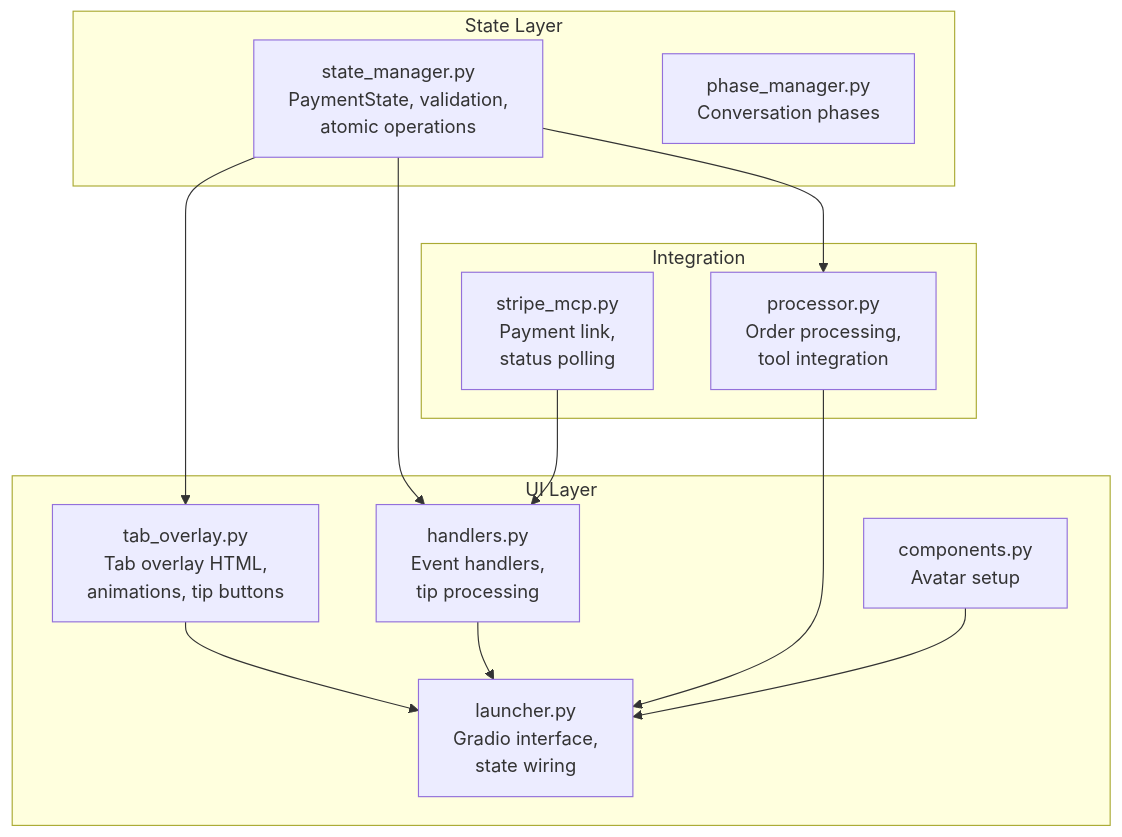
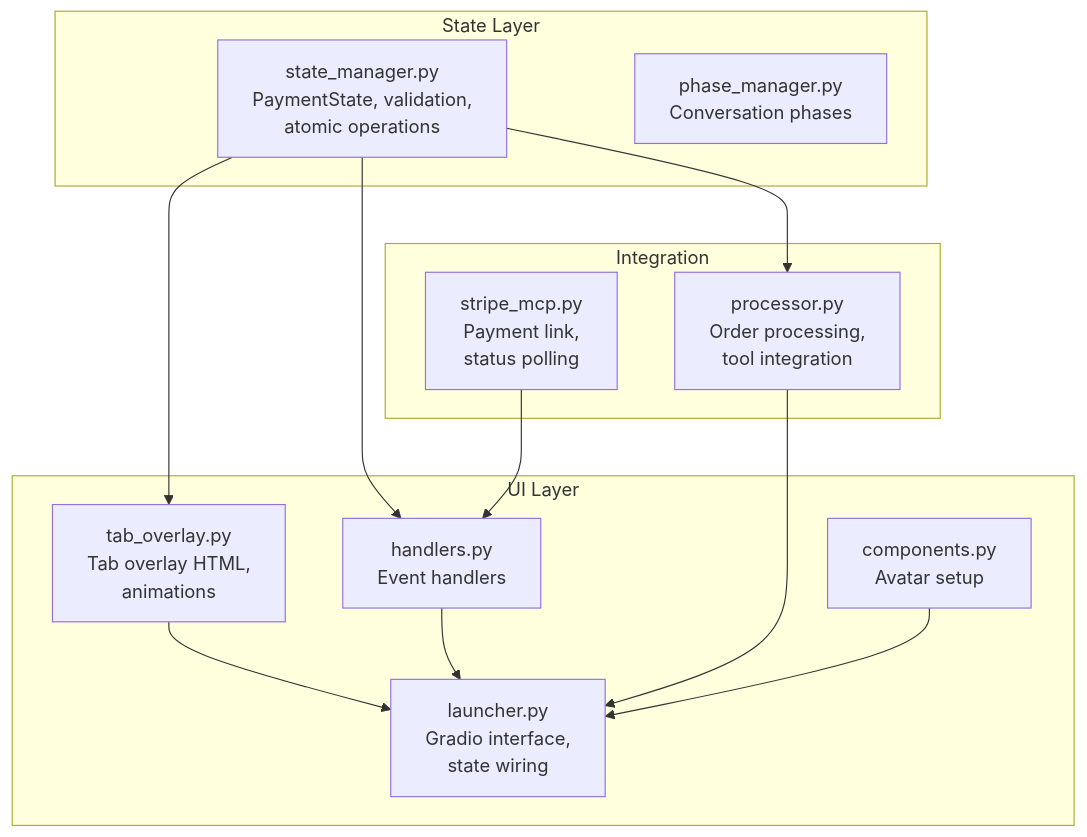
One commit to MOK-5-ha/MayaMCP changed the first of 7 diagrams in .qoder/repowiki/en/content/Payment Processing System/Tab Management System.md. Above: the diagram before and after it, drawn with Mermaid. The commit also changed other lines of this file and 27 other files, not shown here.

````diff
--- a/.qoder/repowiki/en/content/Payment Processing System/Tab Management System.md
+++ b/.qoder/repowiki/en/content/Payment Processing System/Tab Management System.md
@@ -41,25 +50,25 @@
 ```mermaid
 graph TB
 subgraph "State Layer"
 SM["state_manager.py<br/>PaymentState, validation,<br/>atomic operations"]
 PM["phase_manager.py<br/>Conversation phases"]
 end
 subgraph "UI Layer"
-TO["tab_overlay.py<br/>Tab overlay HTML,<br/>animations, tip buttons"]
+TO["tab_overlay.py<br/>Tab overlay HTML,<br/>animations"]
 LH["launcher.py<br/>Gradio interface,<br/>state wiring"]
-HD["handlers.py<br/>Event handlers,<br/>tip processing"]
+HD["handlers.py<br/>Event handlers"]
 CP["components.py<br/>Avatar setup"]
 end
 subgraph "Integration"
 PR["processor.py<br/>Order processing,<br/>tool integration"]
 ST["stripe_mcp.py<br/>Payment link,<br/>status polling"]
 end
 SM --> TO
 SM --> HD
 SM --> PR
 TO --> LH
 HD --> LH
 PR --> LH
 ST --> HD
 CP --> LH
 ```
````
